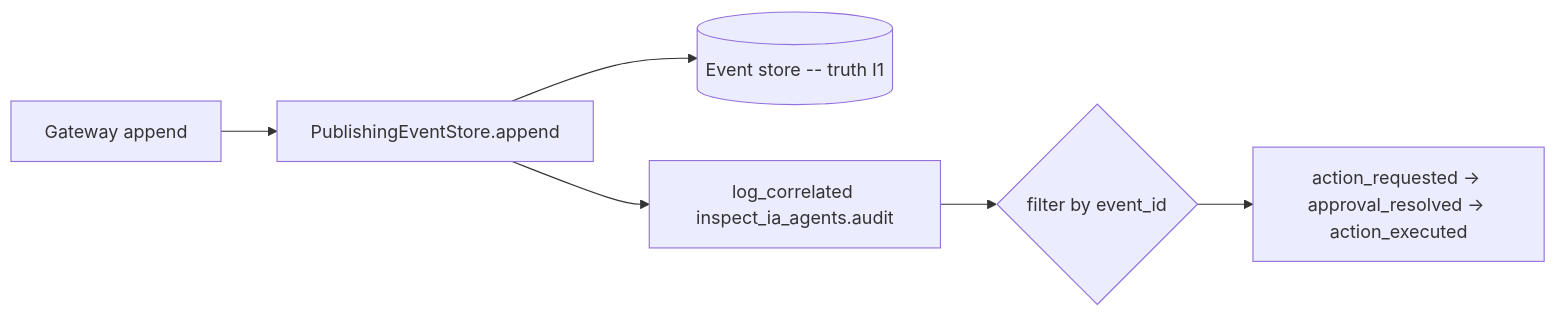
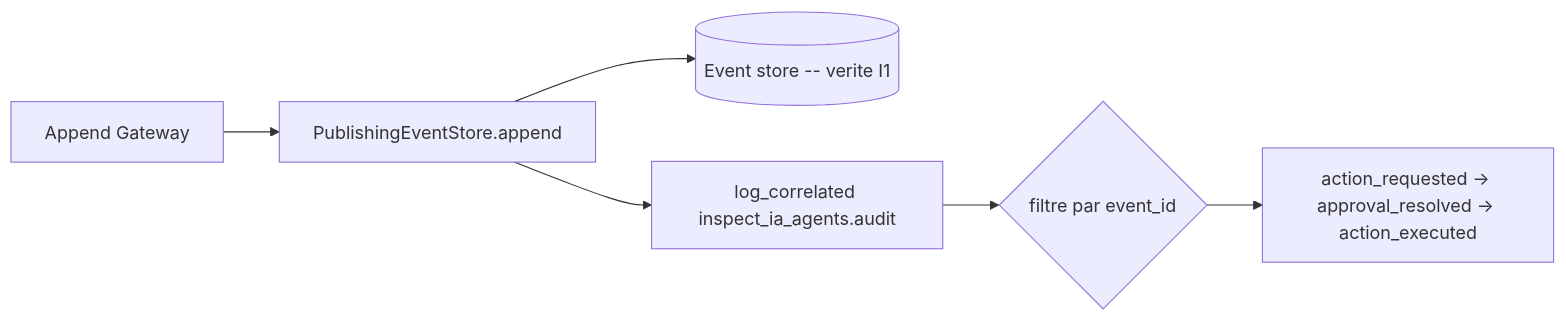
Before and after one commit to mo0ogly/recette_IA_agents: the diagram in docs/runbooks/forensic-correlation-logging.md, drawn with Mermaid. The commit also changed other lines of this file and 25 other files, not shown here.

````diff
--- a/docs/runbooks/forensic-correlation-logging.md
+++ b/docs/runbooks/forensic-correlation-logging.md
@@ -14,8 +15,8 @@
 ```mermaid
 flowchart LR
-  GW[Gateway append] --> PS[PublishingEventStore.append]
-  PS --> STORE[(Event store -- truth I1)]
+  GW[Append Gateway] --> PS[PublishingEventStore.append]
+  PS --> STORE[(Event store -- verite I1)]
   PS --> LOG[log_correlated inspect_ia_agents.audit]
-  LOG --> Q{filter by event_id}
+  LOG --> Q{filtre par event_id}
   Q --> FLOW[action_requested -> approval_resolved -> action_executed]
 ```
````
